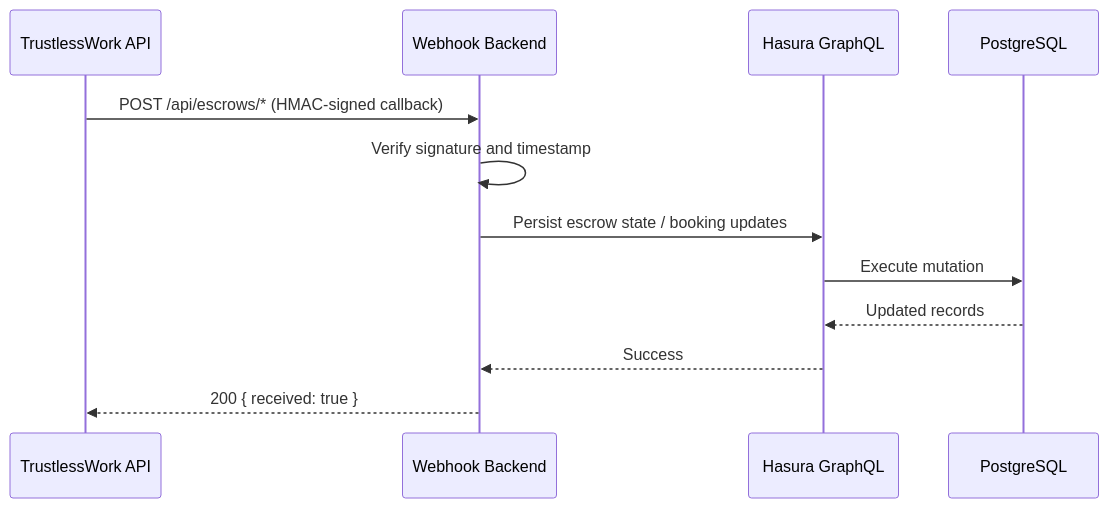
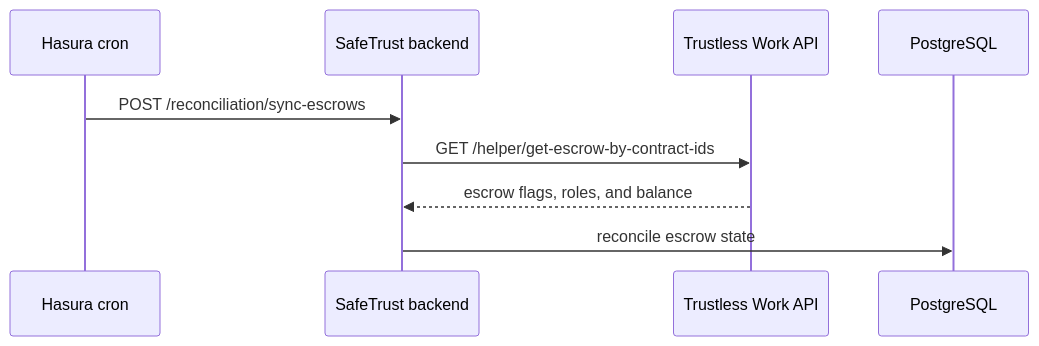
The third of 4 diagrams in docs/architecture/overview.md (safetrustcr/backend-SafeTrust), drawn with Mermaid before and after one commit. The commit also changed other lines of this file and 5 other files, not shown here.

Commit message:
feat(docs): add escrow flow documentation for funding, approval, dispute, resolution, and reconciliation (#768)

````diff
--- a/docs/architecture/overview.md
+++ b/docs/architecture/overview.md
@@ -91,15 +100,12 @@
 ```mermaid
 sequenceDiagram
-    participant TW as TrustlessWork API
-    participant WH as Webhook Backend
-    participant HG as Hasura GraphQL
-    participant PG as PostgreSQL
+    participant CR as Hasura cron
+    participant BE as SafeTrust backend
+    participant TW as Trustless Work API
+    participant DB as PostgreSQL
 
-    TW->>WH: POST /api/escrows/* (HMAC-signed callback)
-    WH->>WH: Verify signature and timestamp
-    WH->>HG: Persist escrow state / booking updates
-    HG->>PG: Execute mutation
-    PG-->>HG: Updated records
-    HG-->>WH: Success
-    WH-->>TW: 200 { received: true }
+    CR->>BE: POST /reconciliation/sync-escrows
+    BE->>TW: GET /helper/get-escrow-by-contract-ids
+    TW-->>BE: escrow flags, roles, and balance
+    BE->>DB: reconcile escrow state
 ```
````
